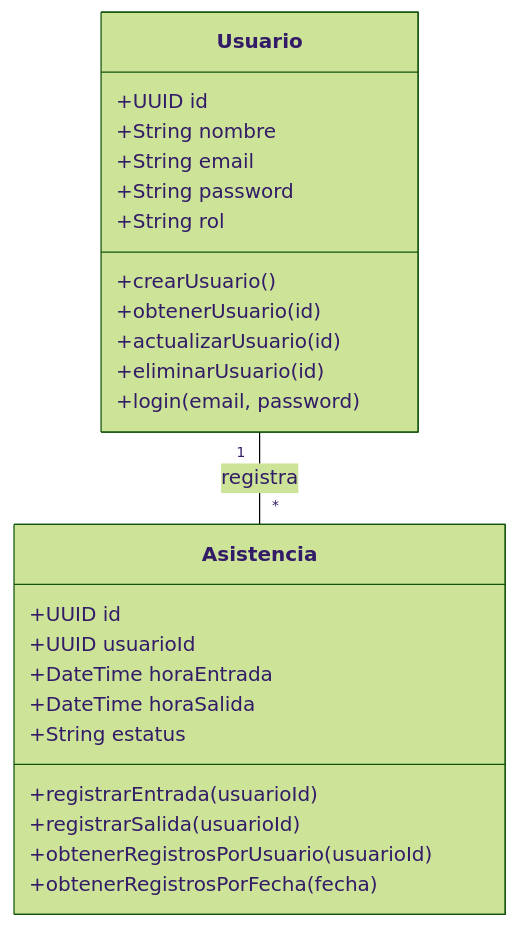
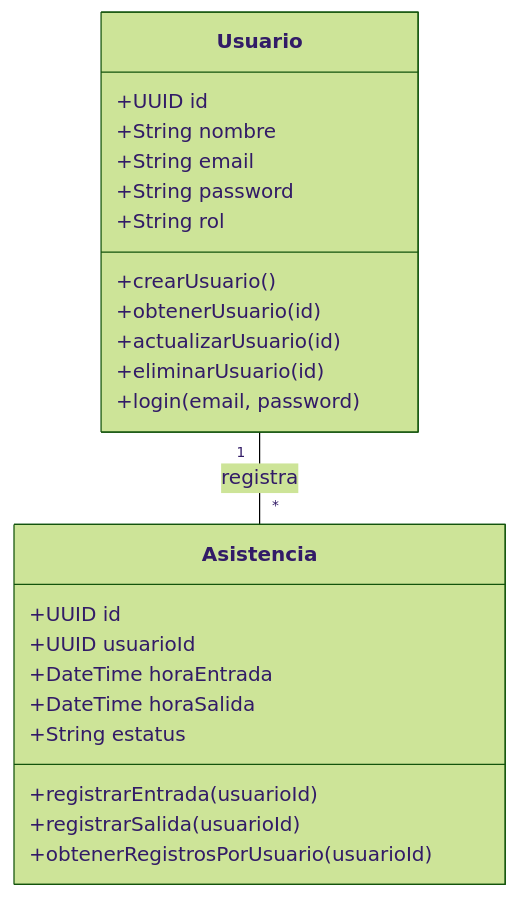
The diagram in Propuesta.md (DiegoGomez12/ProyectoIDC), drawn with Mermaid (forest theme) before and after one commit.

Commit message:
Update Propuesta.md (#35)

````diff
--- a/Propuesta.md
+++ b/Propuesta.md
@@ -27,29 +27,28 @@
 ```mermaid
 classDiagram
     class Usuario {
         +UUID id
         +String nombre
         +String email
         +String password
         +String rol
         +crearUsuario()
         +obtenerUsuario(id)
         +actualizarUsuario(id)
         +eliminarUsuario(id)
         +login(email, password)
     }
 
     class Asistencia {
         +UUID id
         +UUID usuarioId
         +DateTime horaEntrada
         +DateTime horaSalida
         +String estatus
         +registrarEntrada(usuarioId)
         +registrarSalida(usuarioId)
         +obtenerRegistrosPorUsuario(usuarioId)
-        +obtenerRegistrosPorFecha(fecha)
     }
 
     Usuario "1" -- "*" Asistencia : registra
 ```
````
